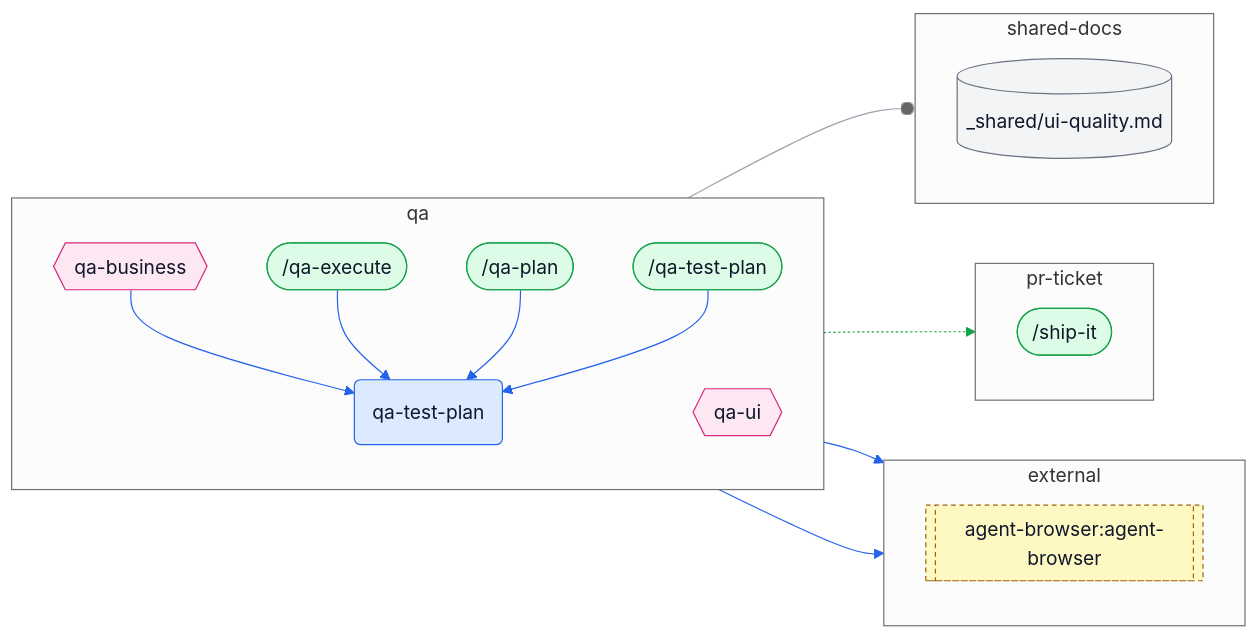
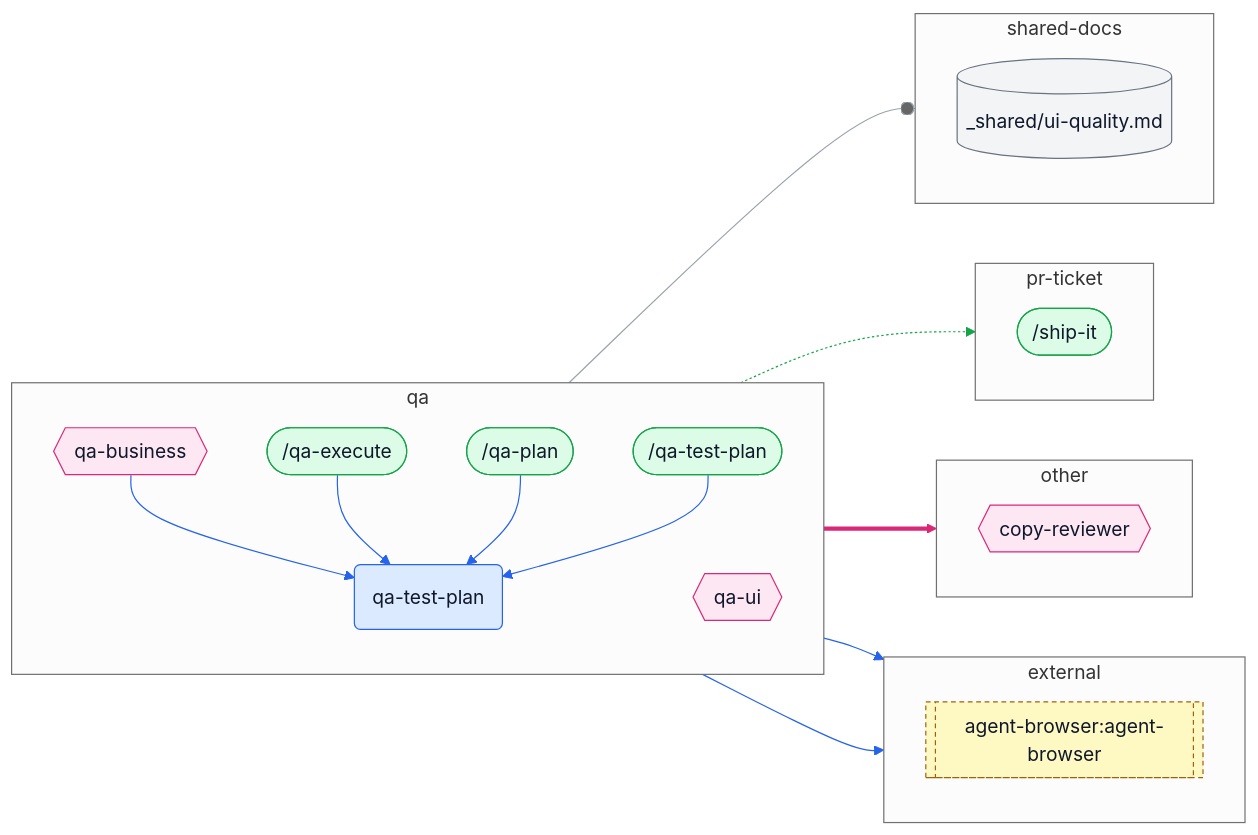
The sixth of 10 diagrams in docs/skills-map.md (ybarsotti/dotfiles), drawn with Mermaid (neutral theme) before and after one commit. The commit also changed other lines of this file and 7 other files, not shown here.

First line of the commit message:
feat(agents): add a copy-reviewer agent for user-facing text

````diff
--- a/docs/skills-map.md
+++ b/docs/skills-map.md
@@ -718,46 +726,52 @@
 ```mermaid
 flowchart LR
   subgraph cl_external["external"]
     direction TB
     x_agent_browser_agent_browser[["agent-browser:agent-browser"]]:::external
+  end
+  subgraph cl_other["other"]
+    direction TB
+    a_copy_reviewer{{"copy-reviewer"}}:::agent
   end
   subgraph cl_pr_ticket["pr-ticket"]
     direction TB
     c_ship_it(["/ship-it"]):::command
   end
   subgraph cl_qa["qa"]
     direction TB
     c_qa_execute(["/qa-execute"]):::command
     c_qa_plan(["/qa-plan"]):::command
     c_qa_test_plan(["/qa-test-plan"]):::command
     s_qa_test_plan("qa-test-plan"):::skill
     a_qa_business{{"qa-business"}}:::agent
     a_qa_ui{{"qa-ui"}}:::agent
   end
   subgraph cl_shared_docs["shared-docs"]
     direction TB
     d_ui_quality[("_shared/ui-quality.md")]:::shared
   end
   a_qa_business --> s_qa_test_plan
   a_qa_business --> x_agent_browser_agent_browser
+  a_qa_ui ==> a_copy_reviewer
   a_qa_ui -.-> c_ship_it
   a_qa_ui --o d_ui_quality
   a_qa_ui --> x_agent_browser_agent_browser
   c_qa_execute --> s_qa_test_plan
   c_qa_plan --> s_qa_test_plan
   c_qa_test_plan --> s_qa_test_plan
   linkStyle 0 stroke:#2563eb
   linkStyle 1 stroke:#2563eb
-  linkStyle 2 stroke:#16a34a
-  linkStyle 3 stroke:#9ca3af
-  linkStyle 4 stroke:#2563eb
+  linkStyle 2 stroke:#db2777
+  linkStyle 3 stroke:#16a34a
+  linkStyle 4 stroke:#9ca3af
   linkStyle 5 stroke:#2563eb
   linkStyle 6 stroke:#2563eb
   linkStyle 7 stroke:#2563eb
+  linkStyle 8 stroke:#2563eb
   classDef skill fill:#dbeafe,stroke:#2563eb,color:#0f172a
   classDef command fill:#dcfce7,stroke:#16a34a,color:#0f172a
   classDef agent fill:#fce7f3,stroke:#db2777,color:#0f172a
   classDef shared fill:#f3f4f6,stroke:#6b7280,color:#0f172a
   classDef external fill:#fef9c3,stroke:#a16207,color:#0f172a,stroke-dasharray:4 3
   classDef step fill:#ffffff,stroke:#6b7280,color:#0f172a,stroke-dasharray:2 2
 ```
````
